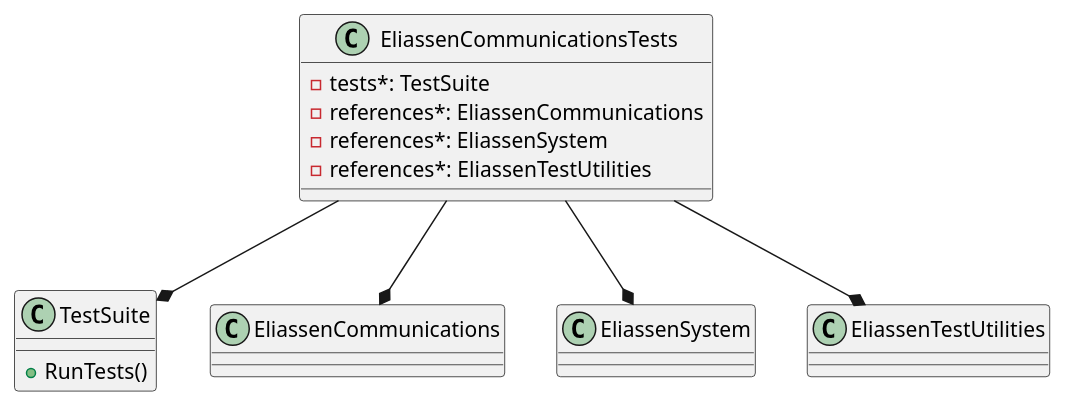
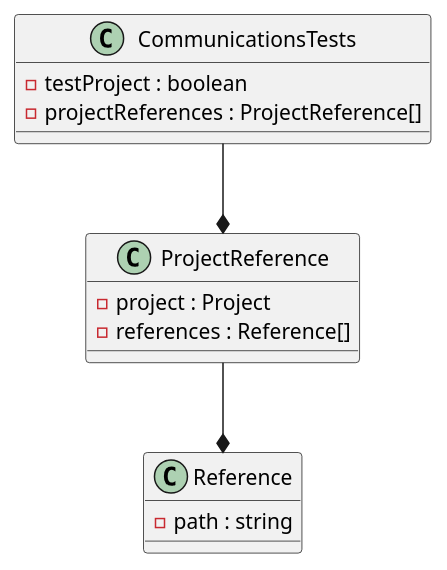
Before and after one commit to mwwhited-forks/dotnet-libs: the first of 2 diagrams in docs/generated/Framework/Eliassen.Communications.Tests/Documentation.md, drawn with PlantUML. The commit also changed other lines of this file and 444 other files, not shown here.

````diff
--- a/docs/generated/Framework/Eliassen.Communications.Tests/Documentation.md
+++ b/docs/generated/Framework/Eliassen.Communications.Tests/Documentation.md
@@ -29,19 +9,20 @@
 ```plantuml
 @startuml
-class EliassenCommunicationsTests {
-  - tests*: TestSuite
-  - references*: EliassenCommunications
-  - references*: EliassenSystem
-  - references*: EliassenTestUtilities
+class CommunicationsTests {
+  -testProject : boolean
+  -projectReferences : ProjectReference[]
 }
 
-class TestSuite {
-  + RunTests()
+class ProjectReference {
+  -project : Project
+  -references : Reference[]
 }
 
-EliassenCommunicationsTests --* TestSuite
-EliassenCommunicationsTests --* EliassenCommunications
-EliassenCommunicationsTests --* EliassenSystem
-EliassenCommunicationsTests --* EliassenTestUtilities
+class Reference {
+  -path : string
+}
+
+CommunicationsTests --* ProjectReference
+ProjectReference --* Reference
 @enduml
 ```
````
